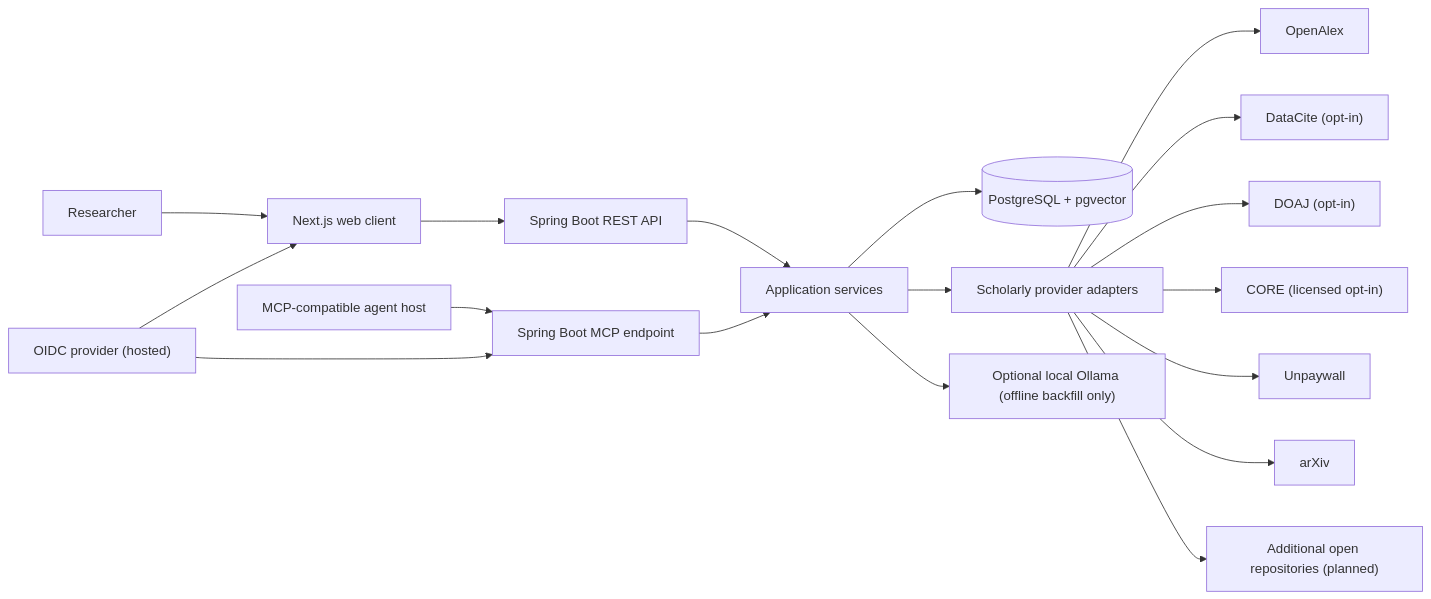
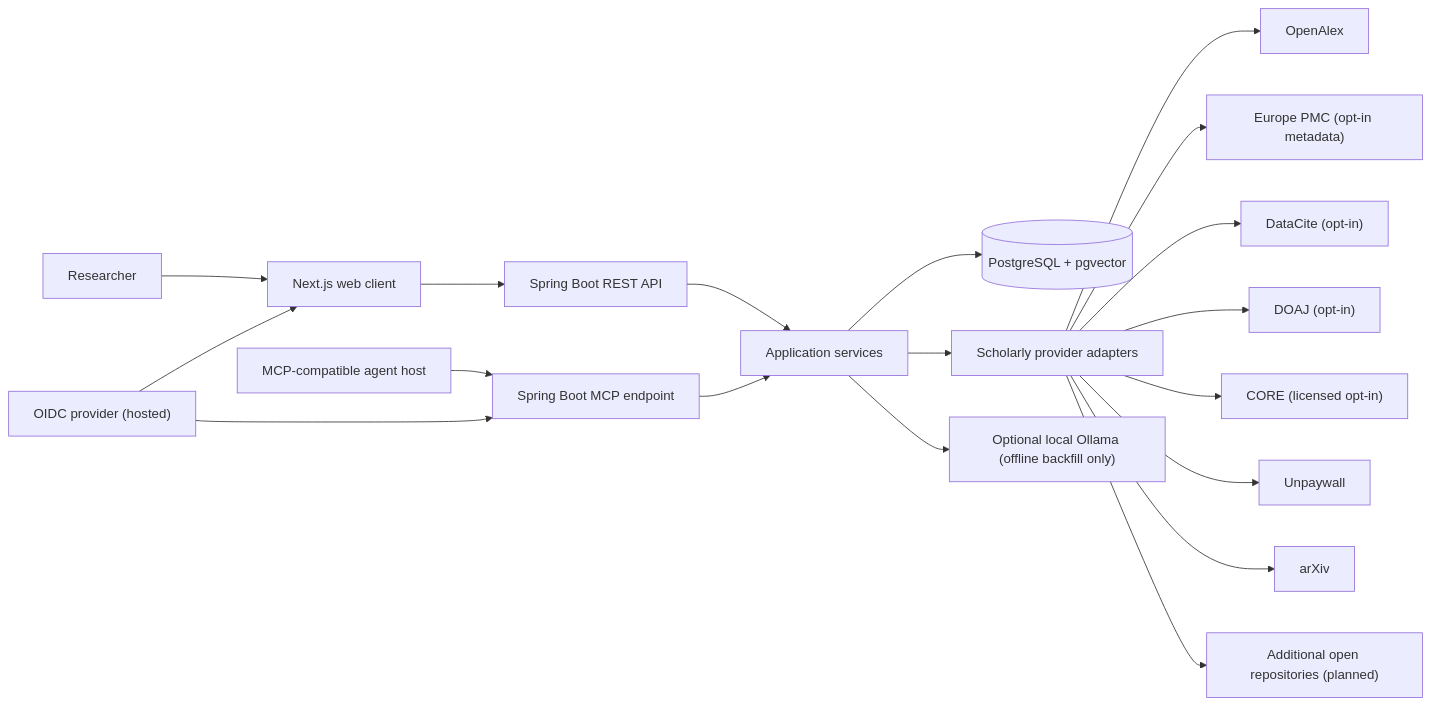
One commit to peprick/openscholar-mcp changed the first of 2 diagrams in docs/ARCHITECTURE.md. Above: the diagram before and after it, drawn with Mermaid. The commit also changed other lines of this file and 39 other files, not shown here.

Commit message:
feat: add Europe PMC discovery provider

````diff
--- a/docs/ARCHITECTURE.md
+++ b/docs/ARCHITECTURE.md
@@ -5,20 +5,21 @@
 ```mermaid
 flowchart LR
     U["Researcher"] --> W["Next.js web client"]
     A["MCP-compatible agent host"] --> M["Spring Boot MCP endpoint"]
     I["OIDC provider (hosted)"] --> W
     I --> M
     W --> R["Spring Boot REST API"]
     R --> C["Application services"]
     M --> C
     C --> P[("PostgreSQL + pgvector")]
     C --> S["Scholarly provider adapters"]
     S --> OA["OpenAlex"]
+    S --> EP["Europe PMC (opt-in metadata)"]
     S --> DC["DataCite (opt-in)"]
     S --> DJ["DOAJ (opt-in)"]
     S --> CO["CORE (licensed opt-in)"]
     S --> UW["Unpaywall"]
     S --> AX["arXiv"]
     S --> MO["Additional open repositories (planned)"]
     C --> E["Optional local Ollama (offline backfill only)"]
 ```
````
